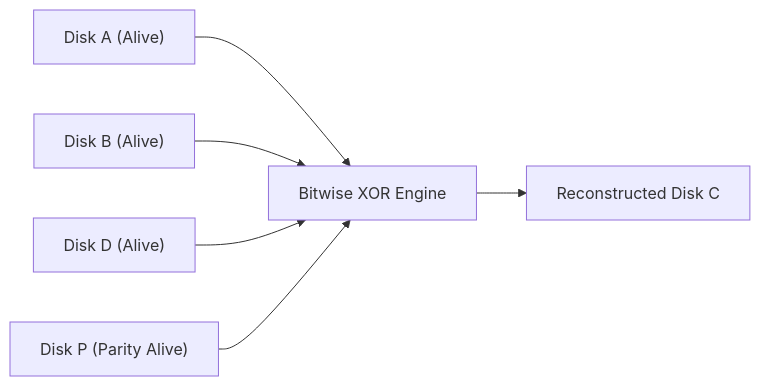
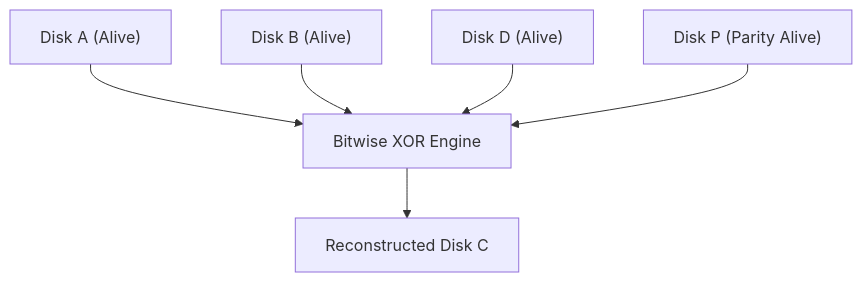
Before and after one commit to jsonwang2003/Documentation: the diagram in content/Computer Systems/Operating Systems/Storage & IO Systems/RAID Architectures.md, drawn with Mermaid. The commit also changed other lines of this file and 49 other files, not shown here.

````diff
--- a/content/Computer Systems/Operating Systems/Storage & IO Systems/RAID Architectures.md
+++ b/content/Computer Systems/Operating Systems/Storage & IO Systems/RAID Architectures.md
@@ -72,8 +78,8 @@
 ```mermaid
-graph LR
+graph TD
     D0["Disk A (Alive)"] --> XOR["Bitwise XOR Engine"]
     D1["Disk B (Alive)"] --> XOR
     D3["Disk D (Alive)"] --> XOR
     DP["Disk P (Parity Alive)"] --> XOR
     XOR --> Rec["Reconstructed Disk C"]
 ```
````
